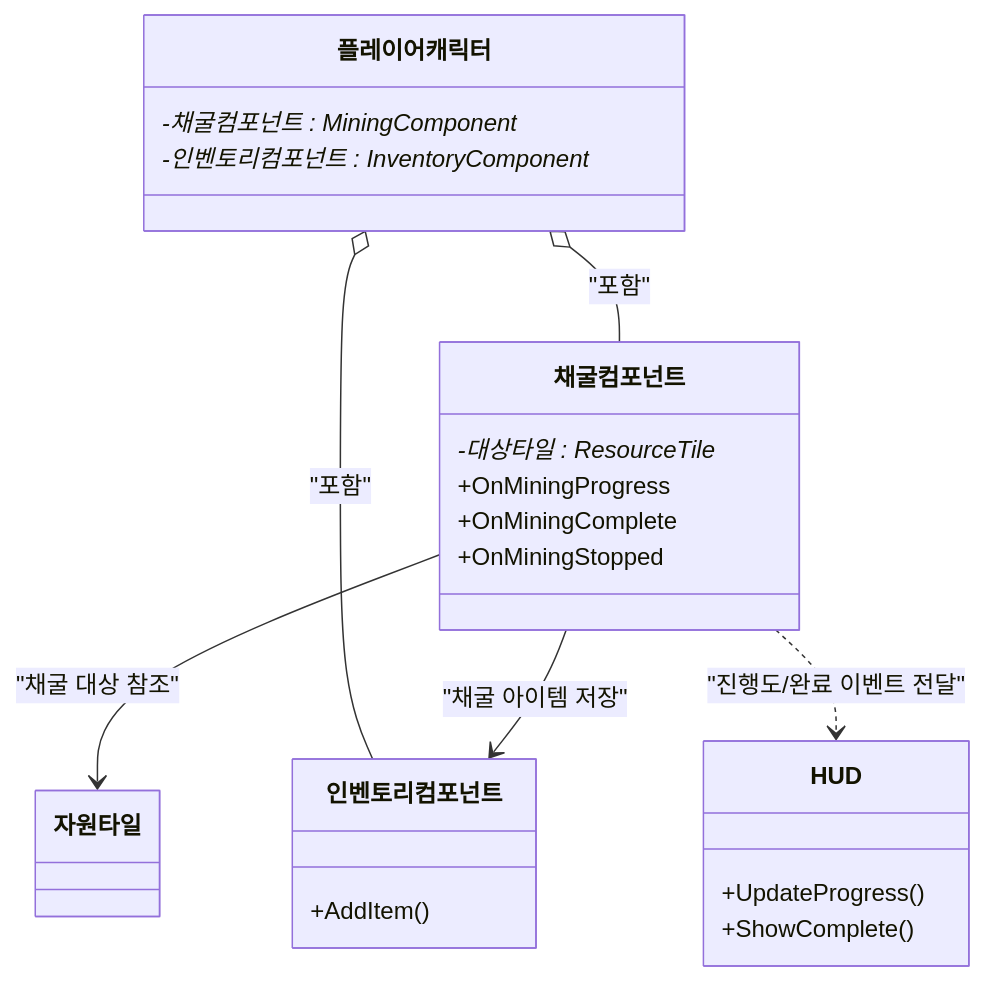
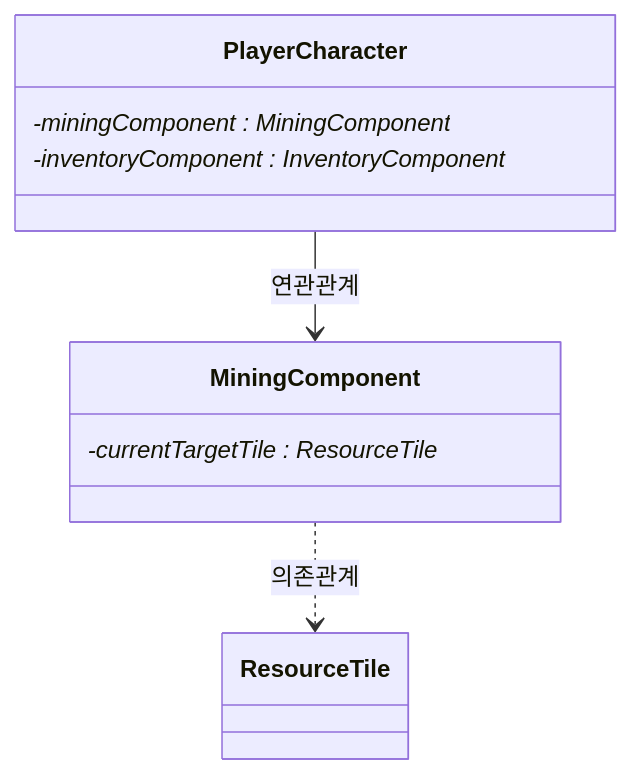
Before and after one commit to WJMcode/MBFactorio: the first of 3 diagrams in README.md, drawn with Mermaid.

````diff
--- a/README.md
+++ b/README.md
@@ -1,27 +1,14 @@
 ```mermaid
 classDiagram
-class 플레이어캐릭터 {
-    -채굴컴포넌트 : MiningComponent*
-    -인벤토리컴포넌트 : InventoryComponent*
+class PlayerCharacter {
+    -miningComponent : MiningComponent*
+    -inventoryComponent : InventoryComponent*
 }
-class 채굴컴포넌트 {
-    -대상타일 : ResourceTile*
-    +OnMiningProgress
-    +OnMiningComplete
-    +OnMiningStopped
+class MiningComponent {
+    -currentTargetTile : ResourceTile*
 }
-class 자원타일
-class 인벤토리컴포넌트 {
-    +AddItem()
-}
-class HUD {
-    +UpdateProgress()
-    +ShowComplete()
-}
+class ResourceTile
 
-플레이어캐릭터 o-- 채굴컴포넌트 : "포함"
-플레이어캐릭터 o-- 인벤토리컴포넌트 : "포함"
-채굴컴포넌트 --> 자원타일 : "채굴 대상 참조"
-채굴컴포넌트 --> 인벤토리컴포넌트 : "채굴 아이템 저장"
-채굴컴포넌트 ..> HUD : "진행도/완료 이벤트 전달"
+PlayerCharacter --> MiningComponent : 연관관계
+MiningComponent ..> ResourceTile : 의존관계
 ```
````
